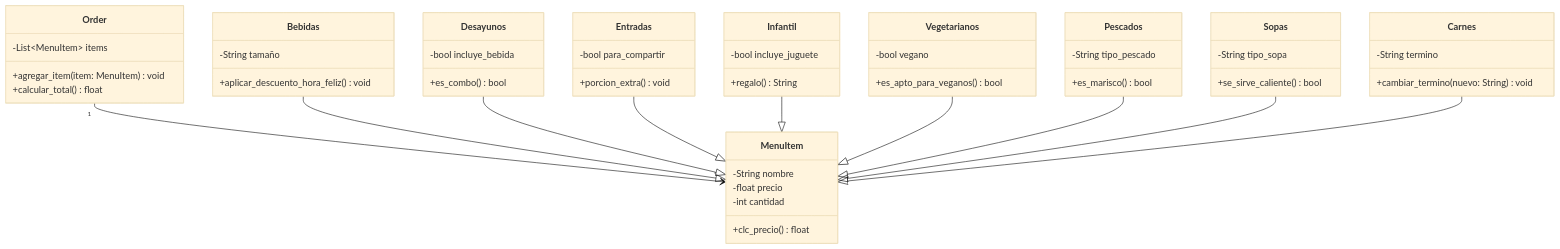
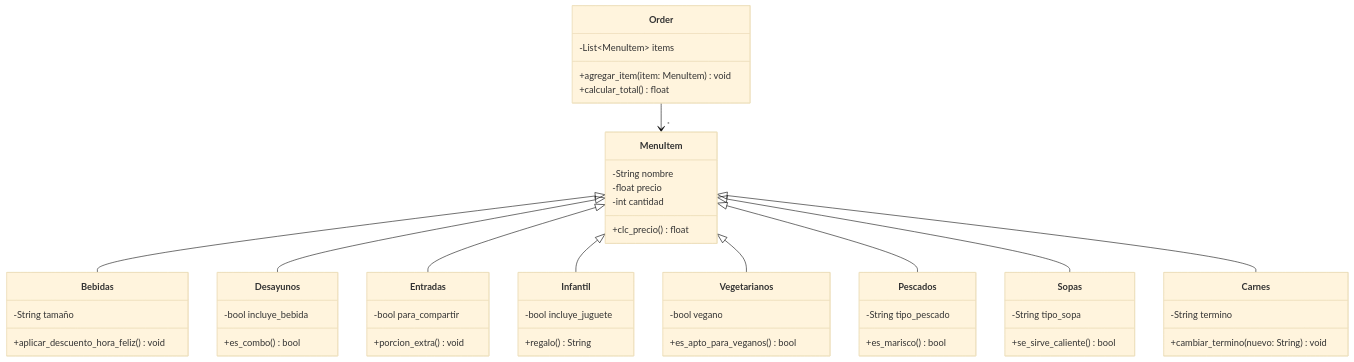
One commit to NotName-K/POO-R3 changed the first of 4 diagrams in README.md. Above: the diagram before and after it, drawn with Mermaid (base theme).

````diff
--- a/README.md
+++ b/README.md
@@ -7,68 +7,67 @@
 ```mermaid
 classDiagram
-    direction TB
 
     class Order {
         -List~MenuItem~ items
         +agregar_item(item: MenuItem) void
         +calcular_total() float
     }
 
     class MenuItem {
         -String nombre
         -float precio
         -int cantidad
         +clc_precio() float
     }
 
     class Bebidas {
         -String tamaño
         +aplicar_descuento_hora_feliz() void
     }
 
     class Desayunos {
         -bool incluye_bebida
         +es_combo() bool
     }
 
     class Entradas {
         -bool para_compartir
         +porcion_extra() void
     }
 
     class Infantil {
         -bool incluye_juguete
         +regalo() String
     }
 
     class Vegetarianos {
         -bool vegano
         +es_apto_para_veganos() bool
     }
 
     class Pescados {
         -String tipo_pescado
         +es_marisco() bool
     }
 
     class Sopas {
         -String tipo_sopa
         +se_sirve_caliente() bool
     }
 
     class Carnes {
         -String termino
         +cambiar_termino(nuevo: String) void
     }
 
-   
-    Order "1" --> "*" MenuItem
-    Bebidas --|> MenuItem
-    Desayunos --|> MenuItem
-    Entradas --|> MenuItem
-    Infantil --|> MenuItem
-    Vegetarianos --|> MenuItem
-    Pescados --|> MenuItem
-    Sopas --|> MenuItem
-    Carnes --|> MenuItem
+     Order --> "*" MenuItem
+    MenuItem <|-- Bebidas
+    MenuItem <|-- Desayunos
+    MenuItem <|-- Entradas
+    MenuItem <|-- Infantil
+    MenuItem <|-- Vegetarianos
+    MenuItem <|-- Pescados
+    MenuItem <|-- Sopas
+    MenuItem <|-- Carnes
+
 ```
````
